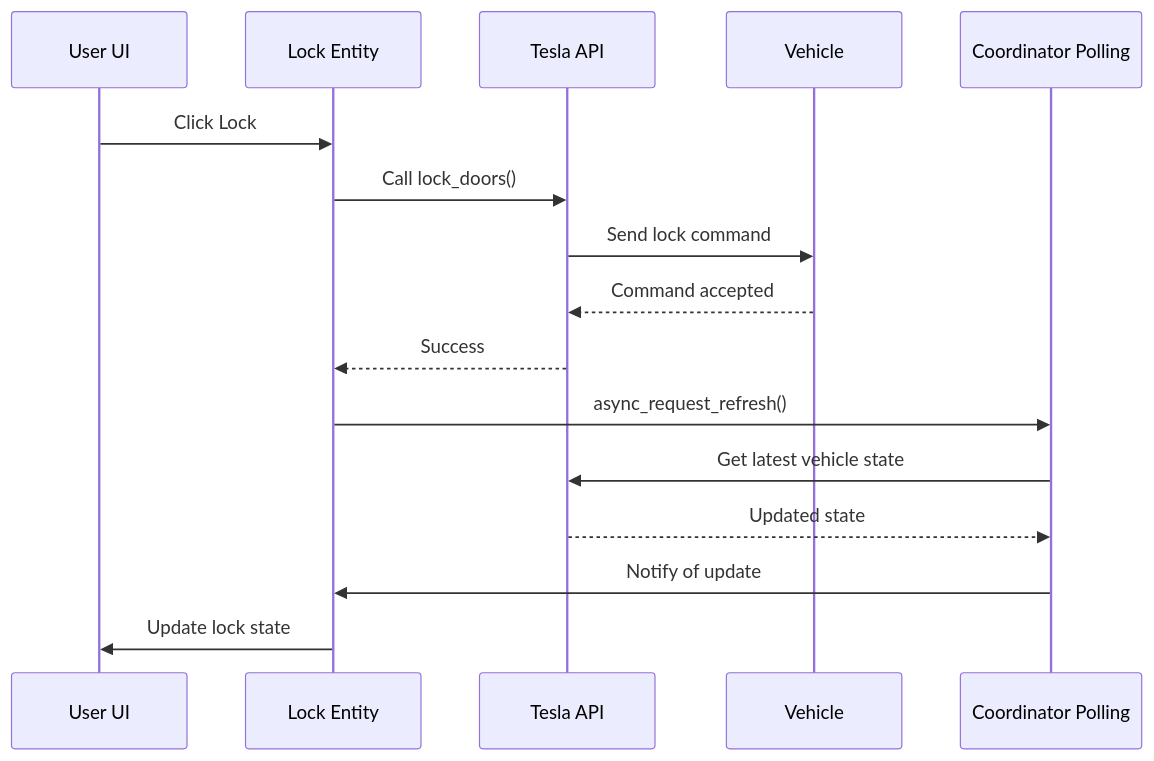
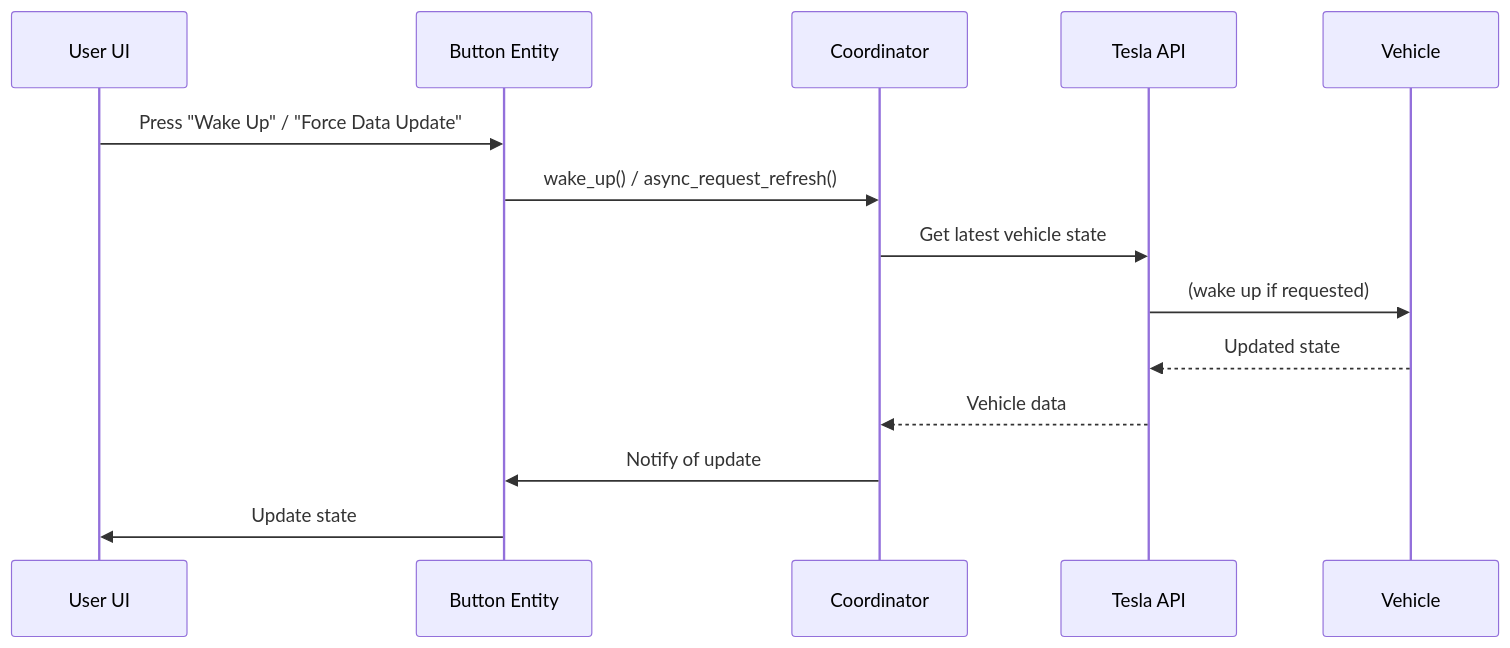
One commit to grzesiek1711/tesla changed the seventh of 11 diagrams in docs/workflows.md. Above: the diagram before and after it, drawn with Mermaid. The commit also changed other lines of this file and 40 other files, not shown here.

````diff
--- a/docs/workflows.md
+++ b/docs/workflows.md
@@ -341,19 +344,17 @@
 ```mermaid
 sequenceDiagram
     participant UI as User UI
-    participant Entity as Lock Entity
+    participant Entity as Button Entity
+    participant Coordinator as Coordinator
     participant API as Tesla API
     participant Vehicle as Vehicle
-    participant Polling as Coordinator Polling
 
-    UI->>Entity: Click Lock
-    Entity->>API: Call lock_doors()
-    API->>Vehicle: Send lock command
-    Vehicle-->>API: Command accepted
-    API-->>Entity: Success
-    Entity->>Polling: async_request_refresh()
-    Polling->>API: Get latest vehicle state
-    API-->>Polling: Updated state
-    Polling->>Entity: Notify of update
-    Entity->>UI: Update lock state
+    UI->>Entity: Press "Wake Up" / "Force Data Update"
+    Entity->>Coordinator: wake_up() / async_request_refresh()
+    Coordinator->>API: Get latest vehicle state
+    API->>Vehicle: (wake up if requested)
+    Vehicle-->>API: Updated state
+    API-->>Coordinator: Vehicle data
+    Coordinator->>Entity: Notify of update
+    Entity->>UI: Update state
 ```
````
